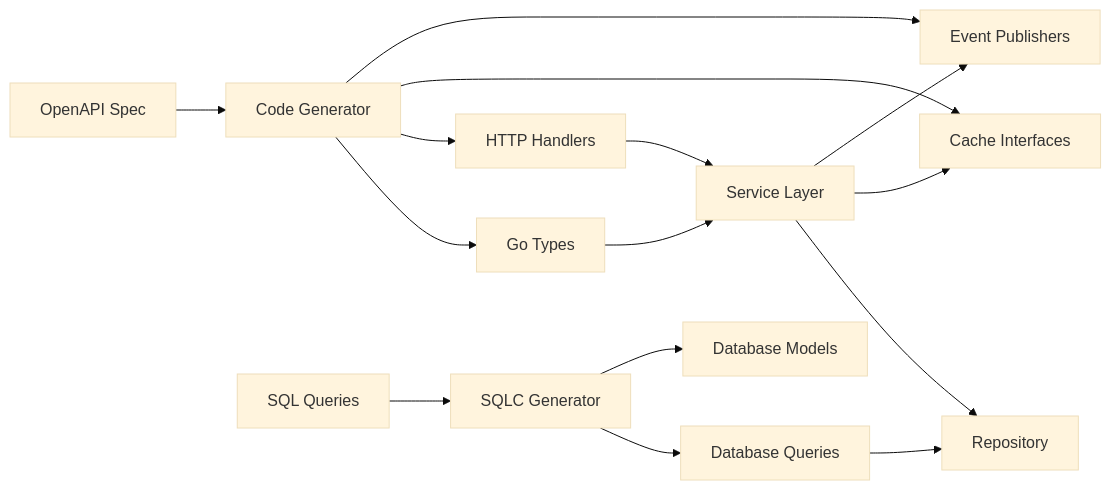
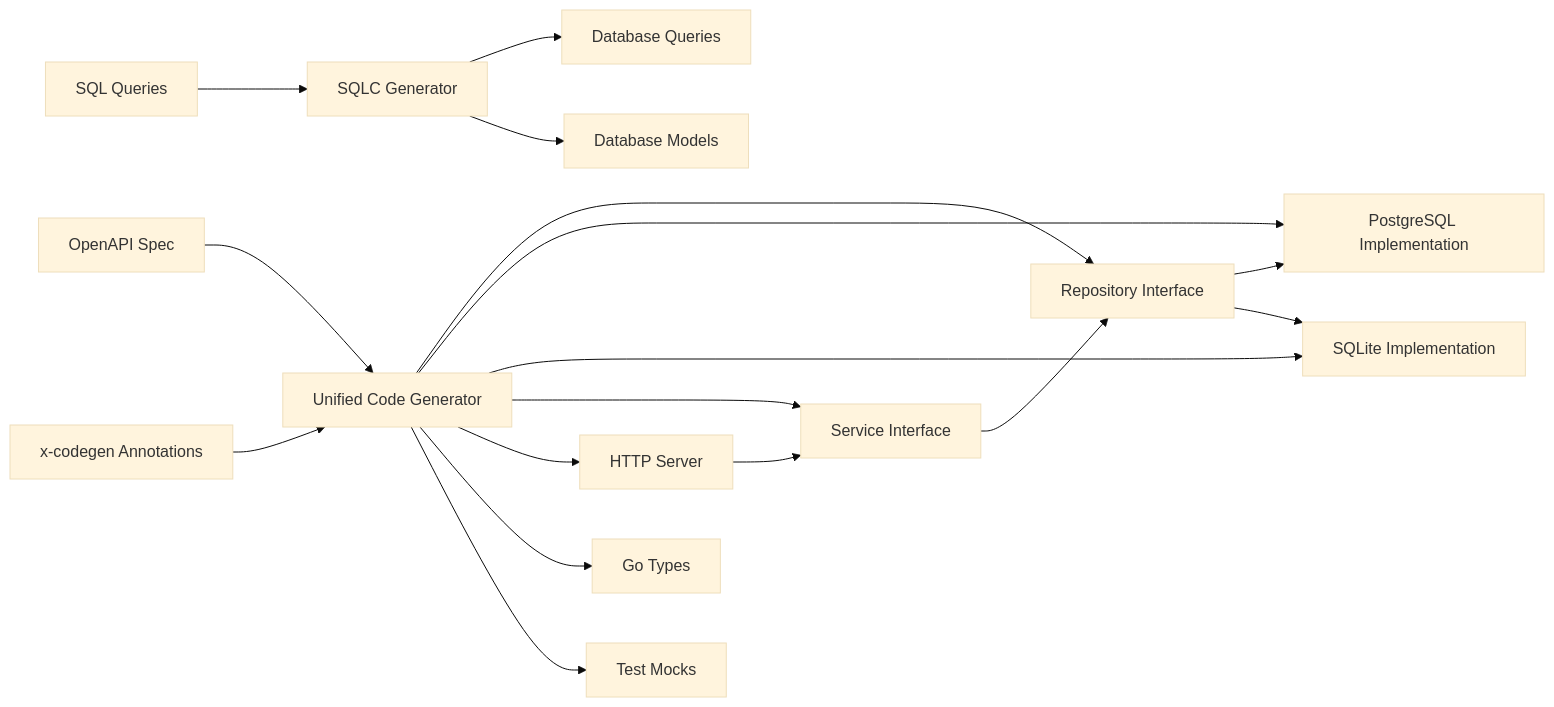
Before and after one commit to archesai/archesai: the third of 4 diagrams in docs/architecture/system-design.md, drawn with Mermaid (base theme). The commit also changed other lines of this file and 15 other files, not shown here.

````diff
--- a/docs/architecture/system-design.md
+++ b/docs/architecture/system-design.md
@@ -218,21 +238,22 @@
 ```mermaid
 graph LR
-    OPENAPI[OpenAPI Spec] --> CODEGEN[Code Generator]
+    OPENAPI[OpenAPI Spec] --> UNIFIED[Unified Code Generator]
+    XCODEGEN[x-codegen Annotations] --> UNIFIED
+
+    UNIFIED --> REPO[Repository Interface]
+    UNIFIED --> POSTGRES[PostgreSQL Implementation]
+    UNIFIED --> SQLITE[SQLite Implementation]
+    UNIFIED --> SERVICE[Service Interface]
+    UNIFIED --> SERVER[HTTP Server]
+    UNIFIED --> TYPES[Go Types]
+    UNIFIED --> MOCKS[Test Mocks]
+
     SQL[SQL Queries] --> SQLC[SQLC Generator]
-
-    CODEGEN --> TYPES[Go Types]
-    CODEGEN --> HANDLERS[HTTP Handlers]
-    CODEGEN --> CACHE[Cache Interfaces]
-    CODEGEN --> EVENTS[Event Publishers]
-
     SQLC --> QUERIES[Database Queries]
     SQLC --> MODELS[Database Models]
 
-    TYPES --> SERVICE[Service Layer]
-    HANDLERS --> SERVICE
-    QUERIES --> REPO[Repository]
-
     SERVICE --> REPO
-    SERVICE --> CACHE
-    SERVICE --> EVENTS
+    REPO --> POSTGRES
+    REPO --> SQLITE
+    SERVER --> SERVICE
 ```
````
